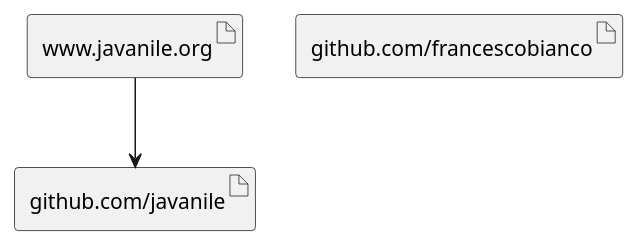
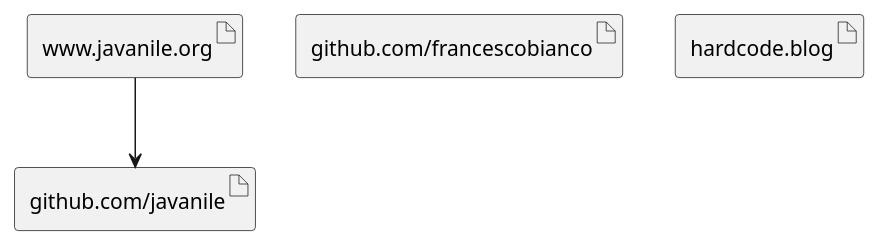
The diagram in docs/assets.puml (francescobianco/assets), drawn with PlantUML before and after one commit.

```diff
--- a/docs/assets.puml
+++ b/docs/assets.puml
@@ -1,16 +1,17 @@
 @startuml
 
 '== Assets =='
 
 '-- Javanile --'
 artifact "www.javanile.org"
 artifact "github.com/javanile"
 
 '-- Francesco Bianco --'
 artifact "github.com/francescobianco"
+artifact "hardcode.blog"
 
 '== Connections =='
 
 [www.javanile.org] --> [github.com/javanile]
 
 @enduml
```
